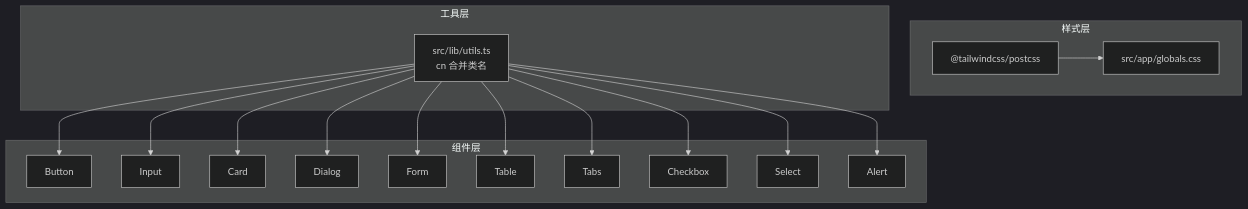
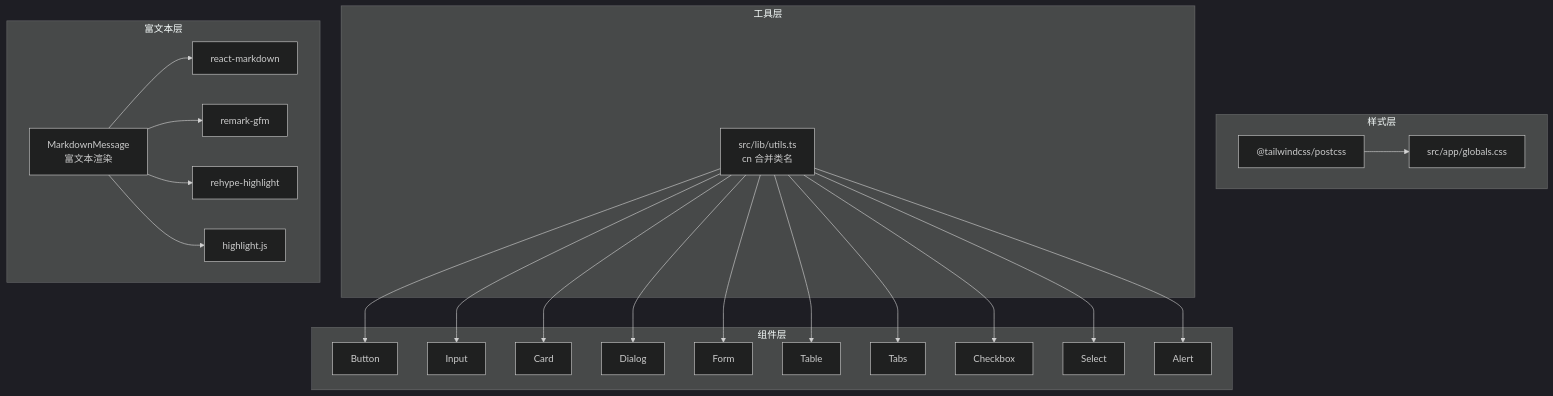
One commit to ghbbn053-ship-itsoulddog/soulddog changed the first of 5 diagrams in .qoder/repowiki/zh/content/前端应用文档/UI组件库与样式系统.md. Above: the diagram before and after it, drawn with Mermaid (dark theme). The commit also changed other lines of this file and 13 other files, not shown here.

````diff
--- a/.qoder/repowiki/zh/content/前端应用文档/UI组件库与样式系统.md
+++ b/.qoder/repowiki/zh/content/前端应用文档/UI组件库与样式系统.md
@@ -45,33 +59,44 @@
 ```mermaid
 graph TB
 subgraph "样式层"
 G["src/app/globals.css"]
 P["@tailwindcss/postcss"]
 end
 subgraph "工具层"
 U["src/lib/utils.ts<br/>cn 合并类名"]
+end
+subgraph "富文本层"
+MM["MarkdownMessage<br/>富文本渲染"]
+RM["react-markdown"]
+RG["remark-gfm"]
+RH["rehype-highlight"]
+HL["highlight.js"]
 end
 subgraph "组件层"
 B["Button"]
 I["Input"]
 C["Card"]
 D["Dialog"]
 F["Form"]
 T["Table"]
 TB["Tabs"]
 CB["Checkbox"]
 S["Select"]
 A["Alert"]
 end
 P --> G
 U --> B
 U --> I
 U --> C
 U --> D
 U --> F
 U --> T
 U --> TB
 U --> CB
 U --> S
 U --> A
+MM --> RM
+MM --> RG
+MM --> RH
+MM --> HL
 ```
````
